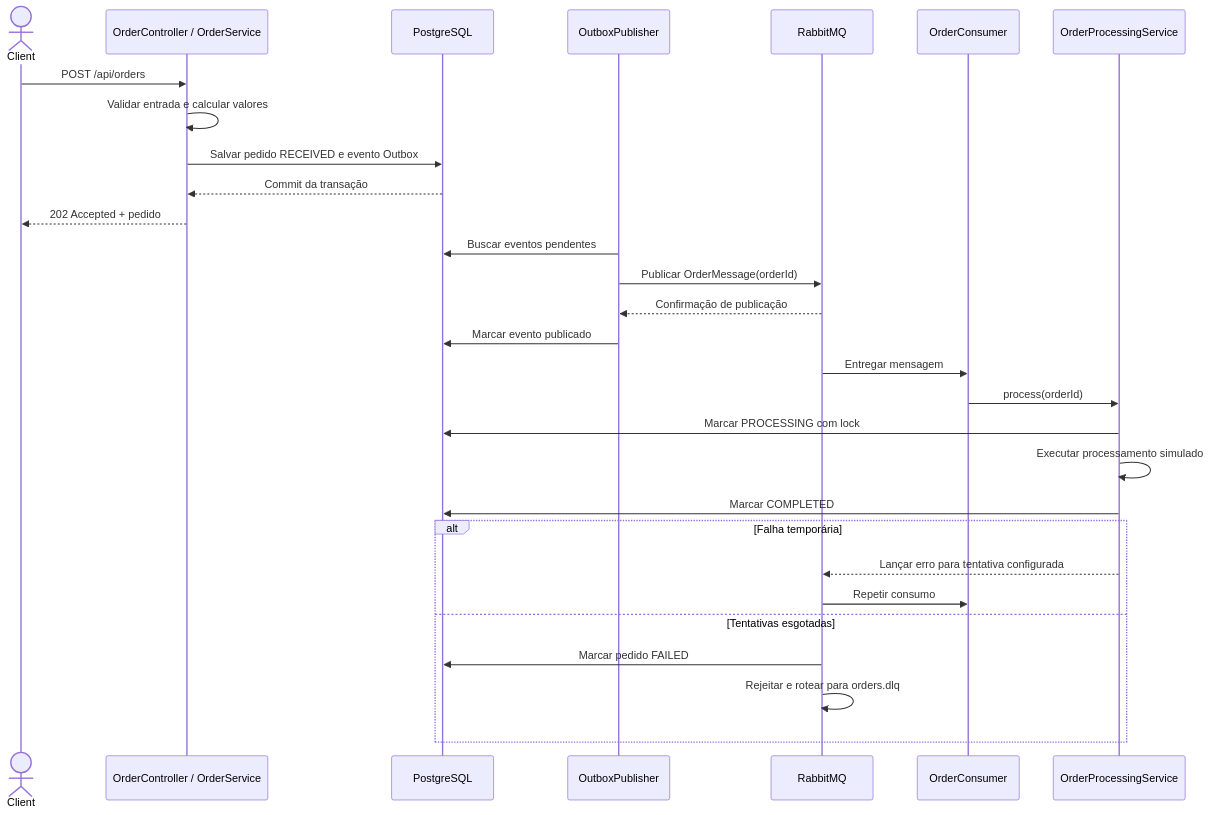
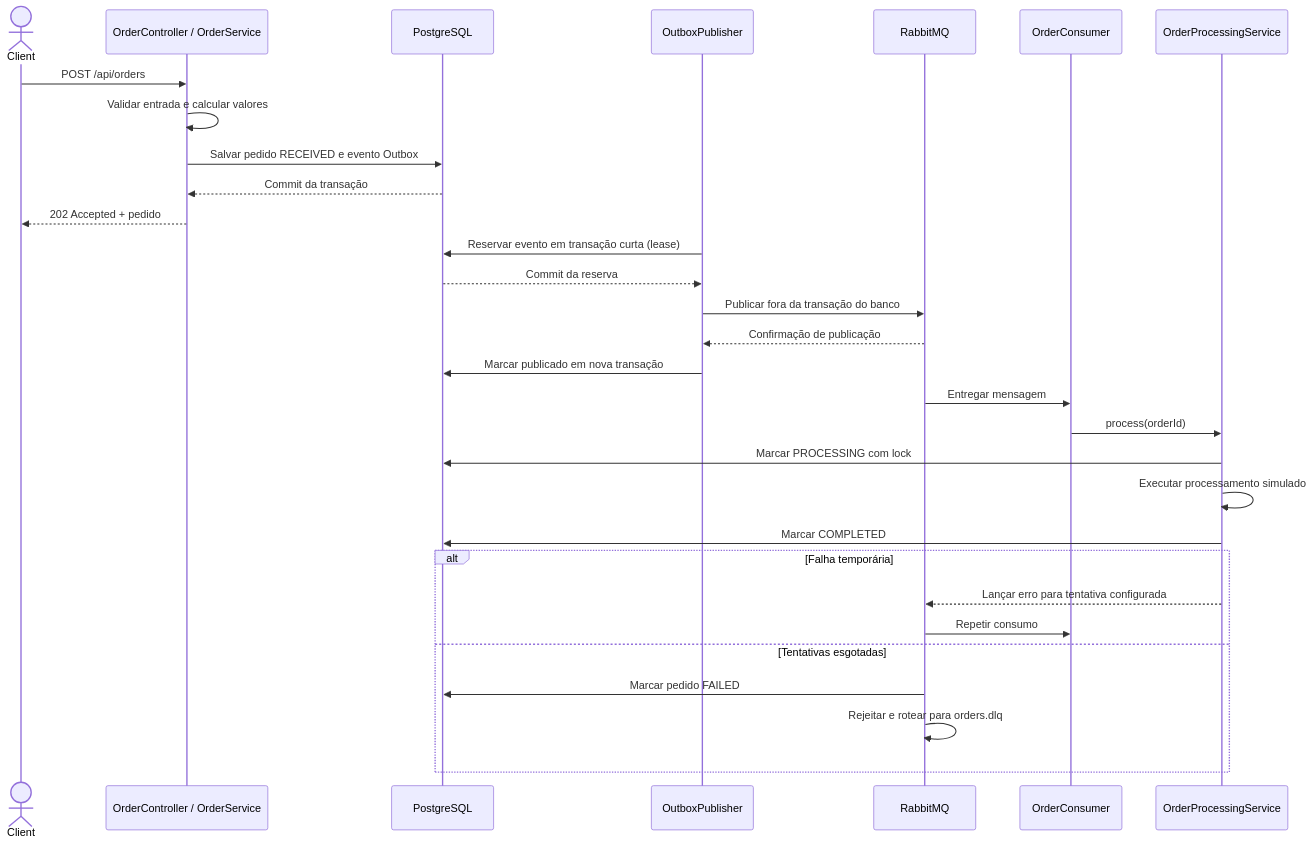
One commit to gabrielpolettobr-dev/order-processing-platform changed the diagram in docs/processing-flow.md. Above: the diagram before and after it, drawn with Mermaid. The commit also changed other lines of this file and 13 other files, not shown here.

````diff
--- a/docs/processing-flow.md
+++ b/docs/processing-flow.md
@@ -3,33 +3,34 @@
 ```mermaid
 sequenceDiagram
     actor Client
     participant API as OrderController / OrderService
     participant DB as PostgreSQL
     participant Outbox as OutboxPublisher
     participant MQ as RabbitMQ
     participant Consumer as OrderConsumer
     participant Worker as OrderProcessingService
 
     Client->>API: POST /api/orders
     API->>API: Validar entrada e calcular valores
     API->>DB: Salvar pedido RECEIVED e evento Outbox
     DB-->>API: Commit da transação
     API-->>Client: 202 Accepted + pedido
-    Outbox->>DB: Buscar eventos pendentes
-    Outbox->>MQ: Publicar OrderMessage(orderId)
+    Outbox->>DB: Reservar evento em transação curta (lease)
+    DB-->>Outbox: Commit da reserva
+    Outbox->>MQ: Publicar fora da transação do banco
     MQ-->>Outbox: Confirmação de publicação
-    Outbox->>DB: Marcar evento publicado
+    Outbox->>DB: Marcar publicado em nova transação
     MQ->>Consumer: Entregar mensagem
     Consumer->>Worker: process(orderId)
     Worker->>DB: Marcar PROCESSING com lock
     Worker->>Worker: Executar processamento simulado
     Worker->>DB: Marcar COMPLETED
 
     alt Falha temporária
         Worker-->>MQ: Lançar erro para tentativa configurada
         MQ->>Consumer: Repetir consumo
     else Tentativas esgotadas
         MQ->>DB: Marcar pedido FAILED
         MQ->>MQ: Rejeitar e rotear para orders.dlq
     end
 ```
````
